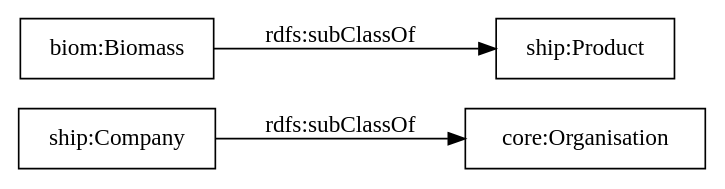
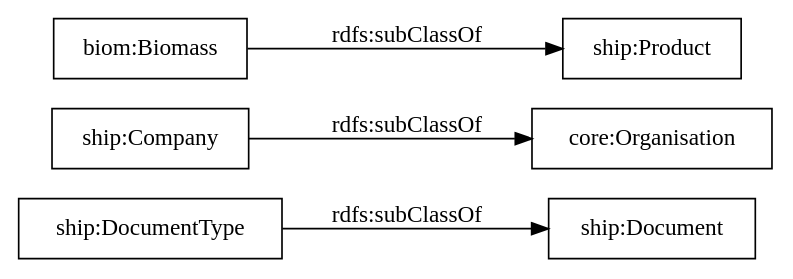
One commit to oeg-upm/auroral-shipmentBiomass-ontology changed the diagram in OnToology/ontology/shipment.ttl/diagrams/ar2dtool-taxonomy/shipment.ttl.png.dot. Above: the diagram before and after it, drawn with Graphviz. The commit also changed 12 other files, not shown here.

```diff
--- a/OnToology/ontology/shipment.ttl/diagrams/ar2dtool-taxonomy/shipment.ttl.png.dot
+++ b/OnToology/ontology/shipment.ttl/diagrams/ar2dtool-taxonomy/shipment.ttl.png.dot
@@ -1,8 +1,9 @@
 digraph ar2dtool_diagram { 
 rankdir=LR;
 size="1000"
-node [shape = rectangle, color="black"]; "core:Organisation" "ship:Product" "ship:Company" "biom:Biomass" ; /*classes style*/
+node [shape = rectangle, color="black"]; "ship:DocumentType" "core:Organisation" "ship:Product" "ship:Document" "ship:Company" "biom:Biomass" ; /*classes style*/
+	"ship:DocumentType" -> "ship:Document" [ label = "rdfs:subClassOf" ];
 	"biom:Biomass" -> "ship:Product" [ label = "rdfs:subClassOf" ];
 	"ship:Company" -> "core:Organisation" [ label = "rdfs:subClassOf" ];
 
 }
```
